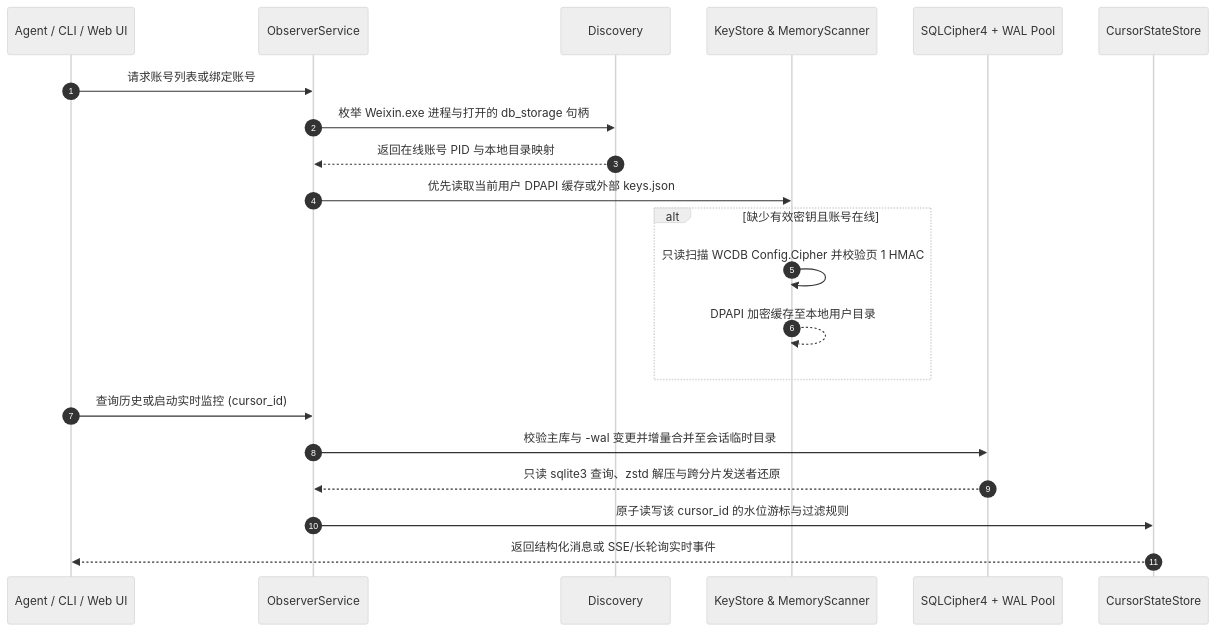
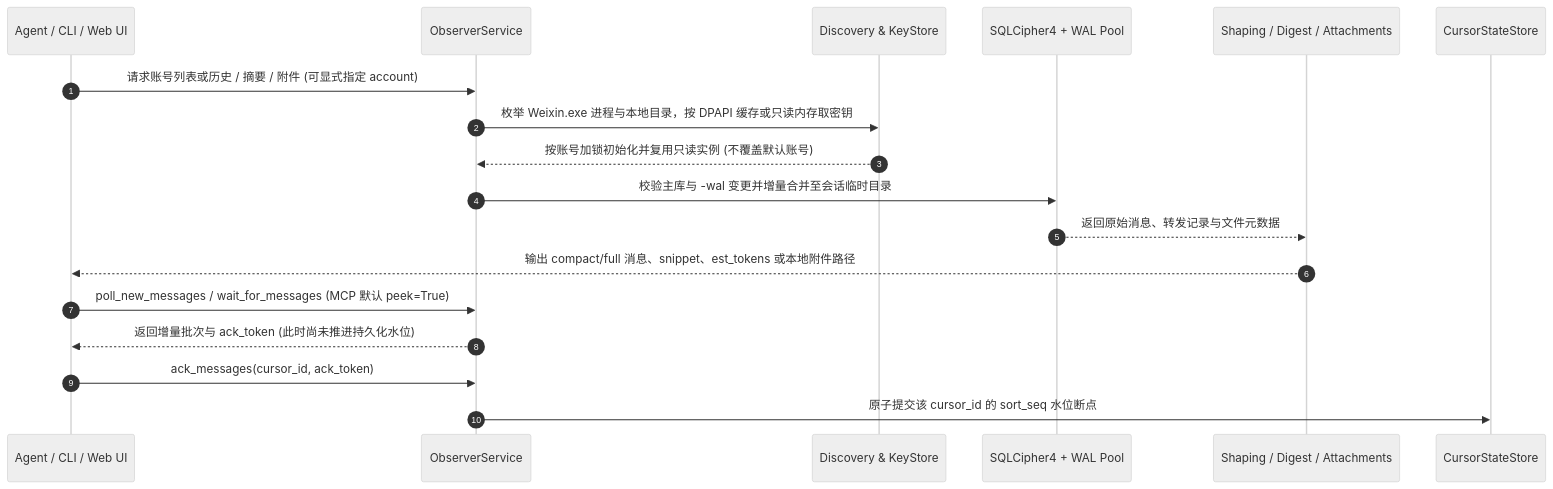
The diagram in README.md (liyifu-2026/we-observer), drawn with Mermaid (neutral theme) before and after one commit. The commit also changed other lines of this file and 15 other files, not shown here.

Commit message:
feat: v0.2.0 agent-friendly compact outputs, peek/ack cursors, digest, and local attachment resolver

````diff
--- a/README.md
+++ b/README.md
@@ -26,24 +27,21 @@
 ```mermaid
 sequenceDiagram
     autonumber
     participant Client as Agent / CLI / Web UI
     participant Svc as ObserverService
-    participant Disc as Discovery
-    participant Key as KeyStore & MemoryScanner
+    participant Disc as Discovery & KeyStore
     participant Pool as SQLCipher4 + WAL Pool
+    participant Reduce as Shaping / Digest / Attachments
     participant State as CursorStateStore
 
-    Client->>Svc: 请求账号列表或绑定账号
-    Svc->>Disc: 枚举 Weixin.exe 进程与打开的 db_storage 句柄
-    Disc-->>Svc: 返回在线账号 PID 与本地目录映射
-    Svc->>Key: 优先读取当前用户 DPAPI 缓存或外部 keys.json
-    alt 缺少有效密钥且账号在线
-        Key->>Key: 只读扫描 WCDB Config.Cipher 并校验页 1 HMAC
-        Key-->>Key: DPAPI 加密缓存至本地用户目录
-    end
-    Client->>Svc: 查询历史或启动实时监控 (cursor_id)
+    Client->>Svc: 请求账号列表或历史 / 摘要 / 附件 (可显式指定 account)
+    Svc->>Disc: 枚举 Weixin.exe 进程与本地目录，按 DPAPI 缓存或只读内存取密钥
+    Disc-->>Svc: 按账号加锁初始化并复用只读实例 (不覆盖默认账号)
     Svc->>Pool: 校验主库与 -wal 变更并增量合并至会话临时目录
-    Pool-->>Svc: 只读 sqlite3 查询、zstd 解压与跨分片发送者还原
-    Svc->>State: 原子读写该 cursor_id 的水位游标与过滤规则
-    State-->>Client: 返回结构化消息或 SSE/长轮询实时事件
+    Pool-->>Reduce: 返回原始消息、转发记录与文件元数据
+    Reduce-->>Client: 输出 compact/full 消息、snippet、est_tokens 或本地附件路径
+    Client->>Svc: poll_new_messages / wait_for_messages (MCP 默认 peek=True)
+    Svc-->>Client: 返回增量批次与 ack_token (此时尚未推进持久化水位)
+    Client->>Svc: ack_messages(cursor_id, ack_token)
+    Svc->>State: 原子提交该 cursor_id 的 sort_seq 水位断点
 ```
````
